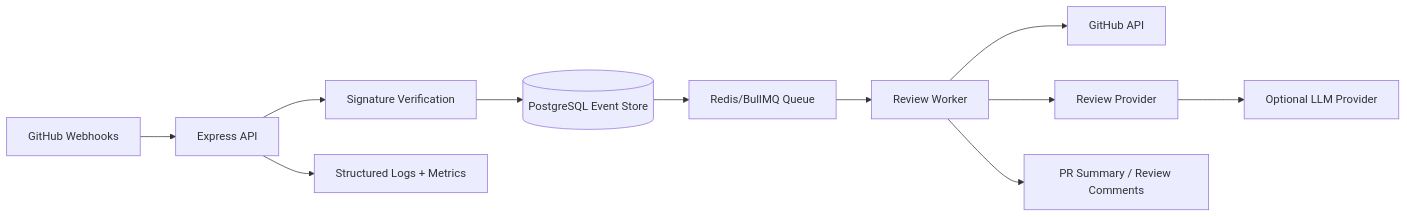
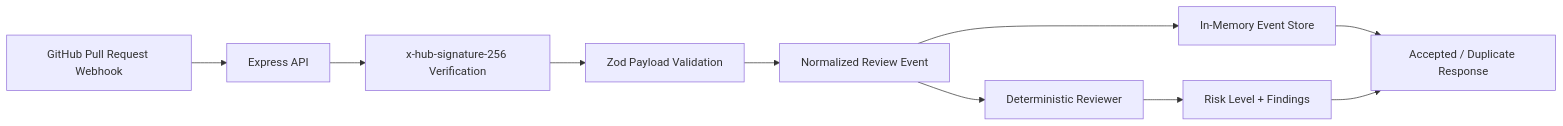
The diagram in README.md (Zayedkz/ai-code-review-agent), drawn with Mermaid before and after one commit. The commit also changed other lines of this file, not shown here.

````diff
--- a/README.md
+++ b/README.md
@@ -13,13 +22,12 @@
 ```mermaid
 flowchart LR
-    GitHub[GitHub Webhooks] --> API[Express API]
-    API --> Verify[Signature Verification]
-    Verify --> Store[(PostgreSQL Event Store)]
-    Store --> Queue[Redis/BullMQ Queue]
-    Queue --> Worker[Review Worker]
-    Worker --> GitHubAPI[GitHub API]
-    Worker --> Reviewer[Review Provider]
-    Reviewer --> LLM[Optional LLM Provider]
-    Worker --> Comments[PR Summary / Review Comments]
-    API --> Logs[Structured Logs + Metrics]
+    GitHub[GitHub Pull Request Webhook] --> API[Express API]
+    API --> Signature[x-hub-signature-256 Verification]
+    Signature --> Validate[Zod Payload Validation]
+    Validate --> Normalize[Normalized Review Event]
+    Normalize --> Store[In-Memory Event Store]
+    Normalize --> Reviewer[Deterministic Reviewer]
+    Reviewer --> Findings[Risk Level + Findings]
+    Store --> Response[Accepted / Duplicate Response]
+    Findings --> Response
 ```
````
